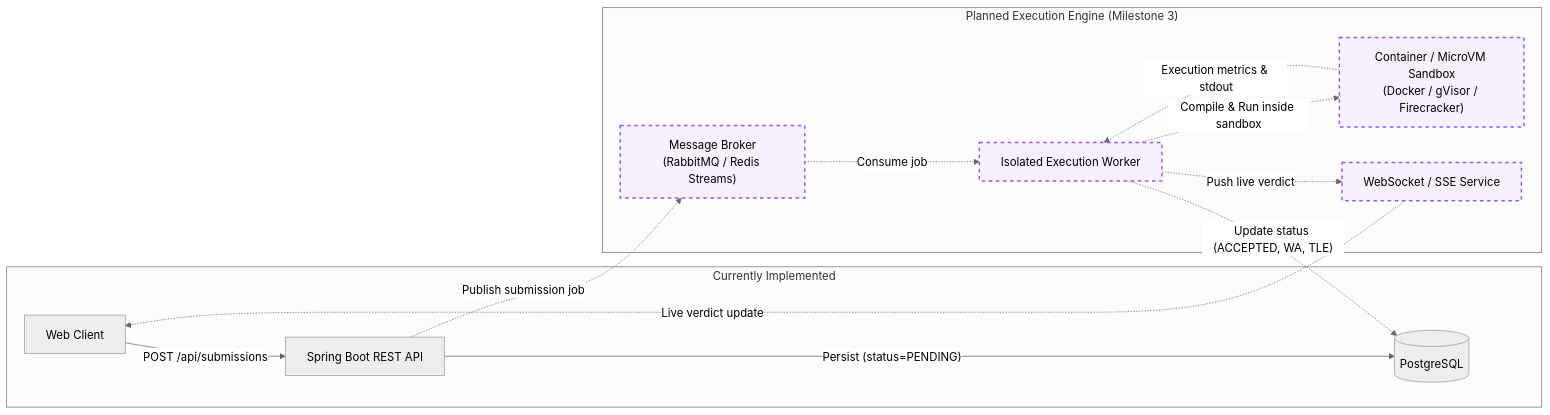
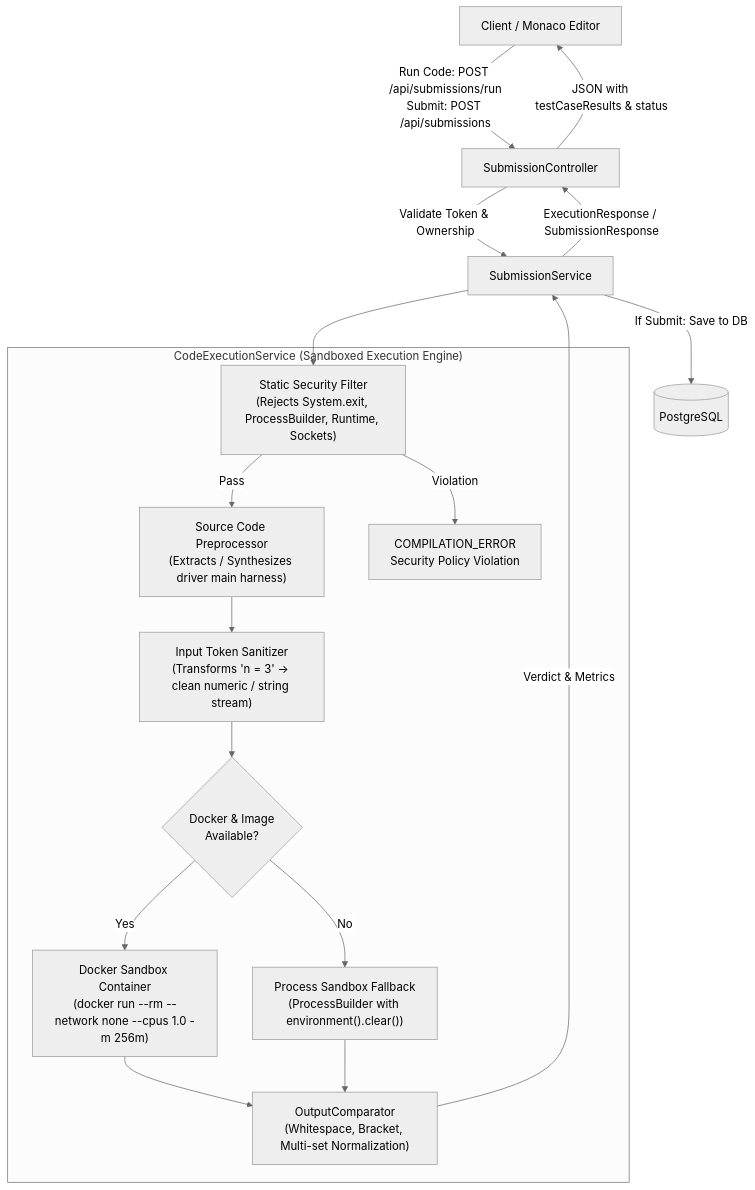
One commit to vidushitripa4thi/codearena changed the fifth of 5 diagrams in docs/architecture.md. Above: the diagram before and after it, drawn with Mermaid (neutral theme). The commit also changed other lines of this file and 27 other files, not shown here.

Commit message:
Add DeployForge deployment and code execution workflow

````diff
--- a/docs/architecture.md
+++ b/docs/architecture.md
@@ -234,20 +244,28 @@
 ```mermaid
-flowchart LR
-    subgraph CurrentScope["Currently Implemented"]
-        WebClient["Web Client"] -->|"POST /api/submissions"| API["Spring Boot REST API"]
-        API -->|"Persist (status=PENDING)"| DB[("PostgreSQL")]
+flowchart TD
+    Client["Client / Monaco Editor"] -->|"Run Code: POST /api/submissions/run<br/>Submit: POST /api/submissions"| API["SubmissionController"]
+    API -->|"Validate Token & Ownership"| Service["SubmissionService"]
+
+    subgraph Engine["CodeExecutionService (Sandboxed Execution Engine)"]
+        SecCheck["Static Security Filter<br/>(Rejects System.exit, ProcessBuilder, Runtime, Sockets)"]
+        PreProc["Source Code Preprocessor<br/>(Extracts / Synthesizes driver main harness)"]
+        Sanitize["Input Token Sanitizer<br/>(Transforms 'n = 3' -> clean numeric / string stream)"]
+
+        SecCheck -->|"Pass"| PreProc --> Sanitize
+        SecCheck -->|"Violation"| FastFail["COMPILATION_ERROR<br/>Security Policy Violation"]
+
+        Sanitize --> ModeSelect{"Docker & Image<br/>Available?"}
+
+        ModeSelect -->|"Yes"| DockerRun["Docker Sandbox Container<br/>(docker run --rm --network none --cpus 1.0 -m 256m)"]
+        ModeSelect -->|"No"| ProcRun["Process Sandbox Fallback<br/>(ProcessBuilder with environment().clear())"]
+
+        DockerRun --> Compare["OutputComparator<br/>(Whitespace, Bracket, Multi-set Normalization)"]
+        ProcRun --> Compare
     end
 
-    subgraph PlannedScope["Planned Execution Engine (Milestone 3)"]
-        API -.->|"Publish submission job"| Broker["Message Broker<br/>(RabbitMQ / Redis Streams)"]
-        Broker -.->|"Consume job"| Worker["Isolated Execution Worker"]
-        Worker -.->|"Compile & Run inside sandbox"| Sandbox["Container / MicroVM Sandbox<br/>(Docker / gVisor / Firecracker)"]
-        Sandbox -.->|"Execution metrics & stdout"| Worker
-        Worker -.->|"Update status (ACCEPTED, WA, TLE)"| DB
-        Worker -.->|"Push live verdict"| WebSocket["WebSocket / SSE Service"]
-        WebSocket -.->|"Live verdict update"| WebClient
-    end
-
-    classDef planned fill:#f9f0ff,stroke:#8b5cf6,stroke-width:2px,stroke-dasharray: 5 5;
-    class Broker,Worker,Sandbox,WebSocket planned;
+    Service --> SecCheck
+    Compare -->|"Verdict & Metrics"| Service
+    Service -->|"If Submit: Save to DB"| DB[("PostgreSQL")]
+    Service -->|"ExecutionResponse / SubmissionResponse"| API
+    API -->|"JSON with testCaseResults & status"| Client
 ```
````
